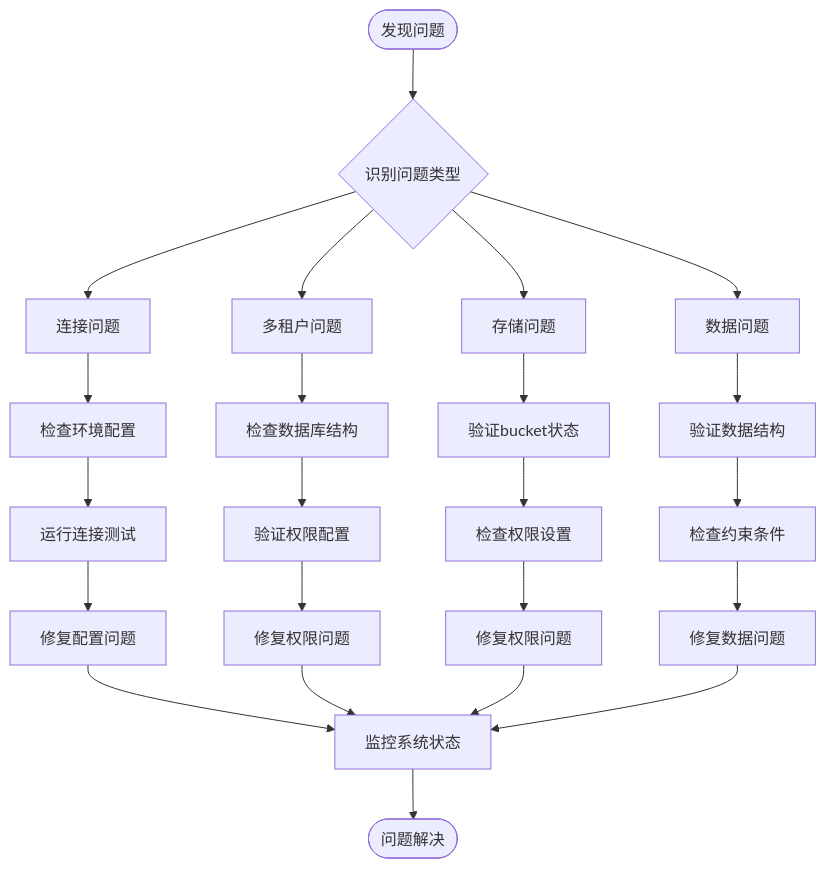
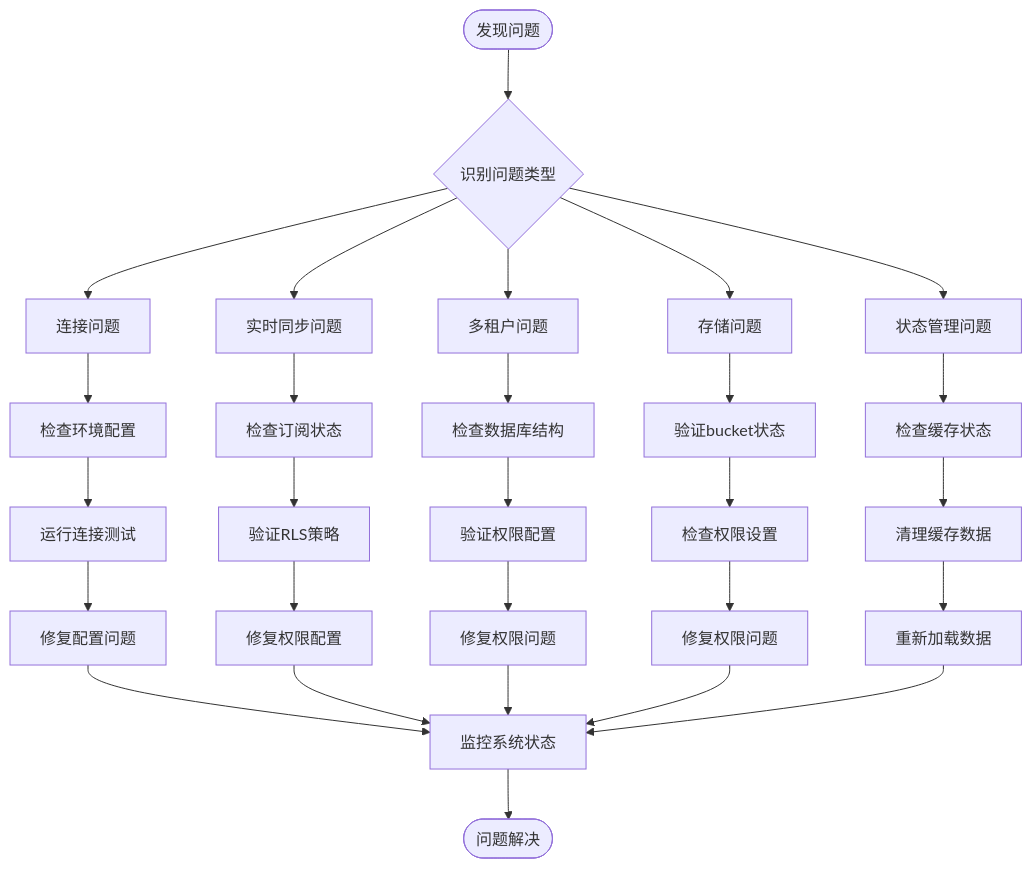
Before and after one commit to SY6621/POD-Order-Management: diagram 24 of 24 in .qoder/repowiki/zh/content/开发指南/Supabase集成指南.md, drawn with Mermaid. The commit also changed other lines of this file and 16 other files, not shown here.

````diff
--- a/.qoder/repowiki/zh/content/开发指南/Supabase集成指南.md
+++ b/.qoder/repowiki/zh/content/开发指南/Supabase集成指南.md
@@ -888,25 +1090,30 @@
 ```mermaid
 flowchart TD
 Problem([发现问题]) --> IdentifyType{"识别问题类型"}
 IdentifyType --> ConnectionIssue["连接问题"]
+IdentifyType --> RealtimeIssue["实时同步问题"]
 IdentifyType --> MultiTenantIssue["多租户问题"]
 IdentifyType --> StorageIssue["存储问题"]
-IdentifyType --> DataIssue["数据问题"]
+IdentifyType --> StateIssue["状态管理问题"]
 ConnectionIssue --> CheckEnv["检查环境配置"]
 CheckEnv --> TestConn["运行连接测试"]
 TestConn --> FixConfig["修复配置问题"]
+RealtimeIssue --> CheckSubscription["检查订阅状态"]
+CheckSubscription --> VerifyRLS["验证RLS策略"]
+VerifyRLS --> FixRLS["修复权限配置"]
 MultiTenantIssue --> CheckStructure["检查数据库结构"]
 CheckStructure --> VerifyPermissions["验证权限配置"]
 VerifyPermissions --> FixPermissions["修复权限问题"]
 StorageIssue --> VerifyBucket["验证bucket状态"]
 VerifyBucket --> CheckPermission["检查权限设置"]
 CheckPermission --> FixPermission["修复权限问题"]
-DataIssue --> ValidateSchema["验证数据结构"]
-ValidateSchema --> CheckConstraints["检查约束条件"]
-CheckConstraints --> FixData["修复数据问题"]
+StateIssue --> CheckCache["检查缓存状态"]
+CheckCache --> ClearCache["清理缓存数据"]
+ClearCache --> ReloadData["重新加载数据"]
 FixConfig --> Monitor["监控系统状态"]
+FixRLS --> Monitor
 FixPermissions --> Monitor
 FixPermission --> Monitor
-FixData --> Monitor
+ReloadData --> Monitor
 Monitor --> Resolution([问题解决])
 ```
````
